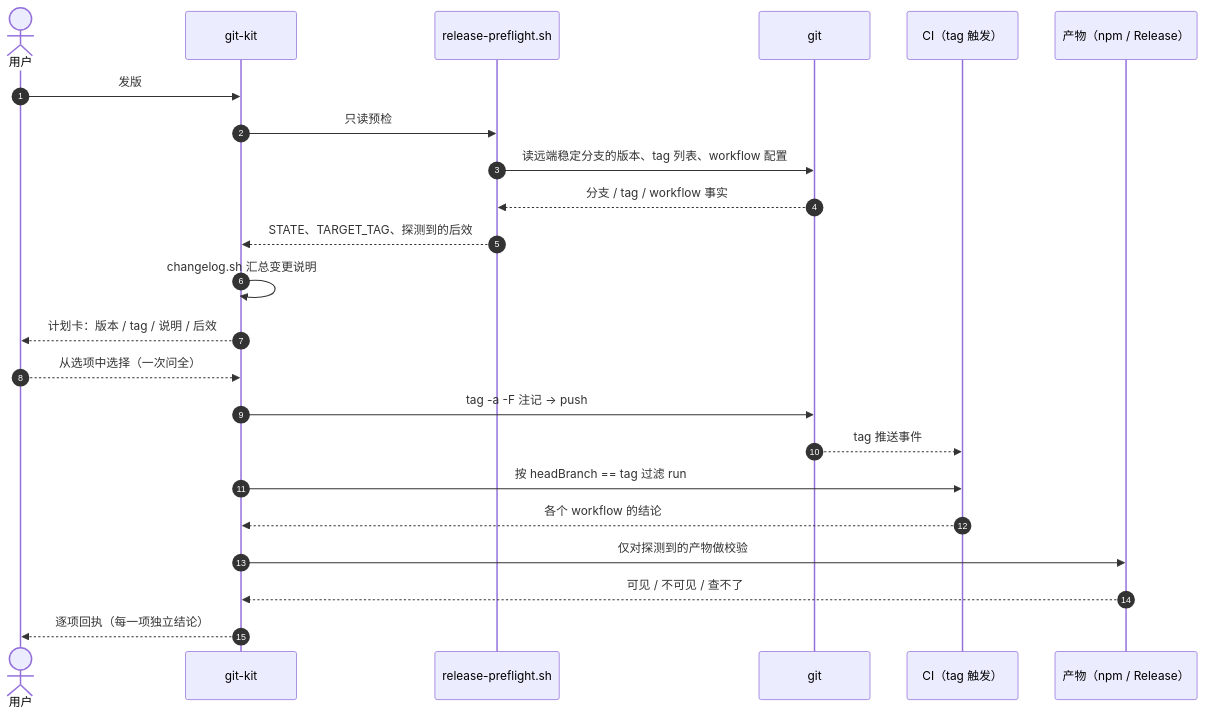
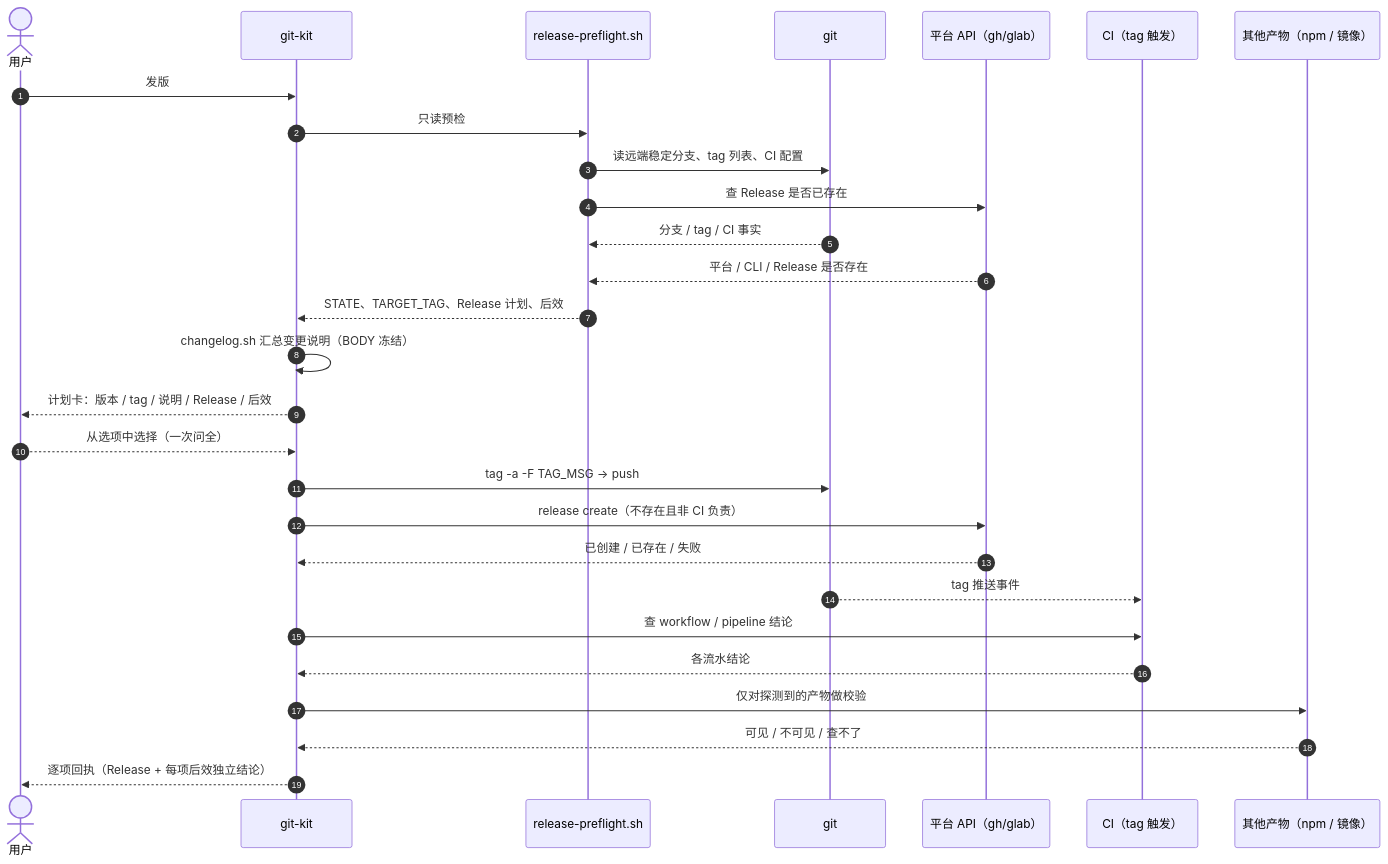
Before and after one commit to morehao/agent-skills: the seventh of 7 diagrams in docs/git-kit.md, drawn with Mermaid. The commit also changed other lines of this file and 13 other files, not shown here.

First line of the commit message:
feat(git-kit): create platform release by default in release flow (#39)

````diff
--- a/docs/git-kit.md
+++ b/docs/git-kit.md
@@ -286,26 +300,31 @@
 ```mermaid
 sequenceDiagram
     autonumber
     actor U as 用户
     participant A as git-kit
     participant PF as release-preflight.sh
     participant G as git
+    participant H as 平台 API（gh/glab）
     participant CI as CI（tag 触发）
-    participant E as 产物（npm / Release）
+    participant E as 其他产物（npm / 镜像）
 
     U->>A: 发版
     A->>PF: 只读预检
-    PF->>G: 读远端稳定分支的版本、tag 列表、workflow 配置
-    G-->>PF: 分支 / tag / workflow 事实
-    PF-->>A: STATE、TARGET_TAG、探测到的后效
-    A->>A: changelog.sh 汇总变更说明
-    A-->>U: 计划卡：版本 / tag / 说明 / 后效
+    PF->>G: 读远端稳定分支、tag 列表、CI 配置
+    PF->>H: 查 Release 是否已存在
+    G-->>PF: 分支 / tag / CI 事实
+    H-->>PF: 平台 / CLI / Release 是否存在
+    PF-->>A: STATE、TARGET_TAG、Release 计划、后效
+    A->>A: changelog.sh 汇总变更说明（BODY 冻结）
+    A-->>U: 计划卡：版本 / tag / 说明 / Release / 后效
     U-->>A: 从选项中选择（一次问全）
-    A->>G: tag -a -F 注记 → push
+    A->>G: tag -a -F TAG_MSG → push
+    A->>H: release create（不存在且非 CI 负责）
+    H-->>A: 已创建 / 已存在 / 失败
     G-->>CI: tag 推送事件
-    A->>CI: 按 headBranch == tag 过滤 run
-    CI-->>A: 各个 workflow 的结论
+    A->>CI: 查 workflow / pipeline 结论
+    CI-->>A: 各流水结论
     A->>E: 仅对探测到的产物做校验
     E-->>A: 可见 / 不可见 / 查不了
-    A-->>U: 逐项回执（每一项独立结论）
+    A-->>U: 逐项回执（Release + 每项后效独立结论）
 ```
````
